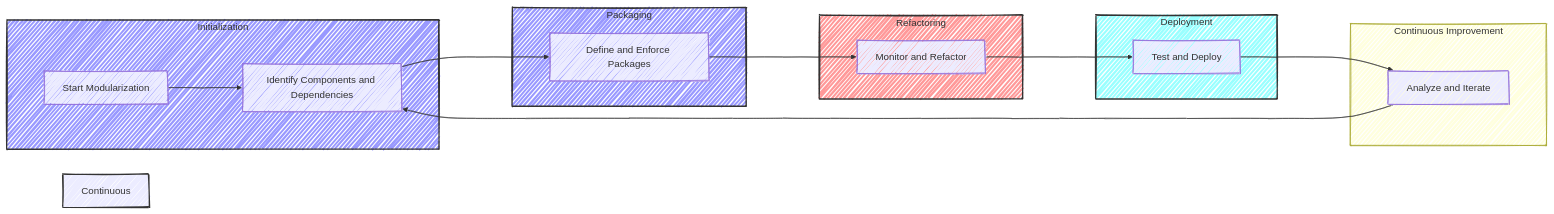
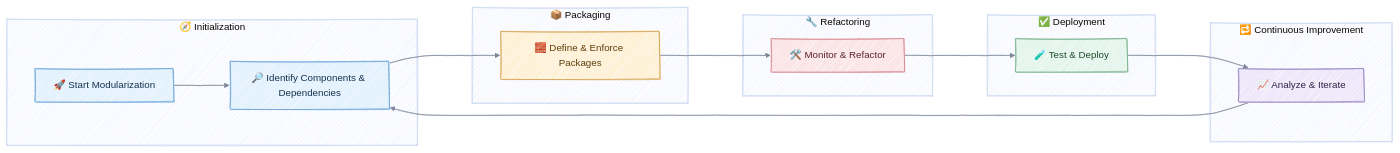
One commit to enogrob/enogrob.github.io changed the diagram in _posts/2025-05-16-modular-monolity-with-packwerk.md. Above: the diagram before and after it, drawn with Mermaid. The commit also changed 12 other files, not shown here.

````diff
--- a/_posts/2025-05-16-modular-monolity-with-packwerk.md
+++ b/_posts/2025-05-16-modular-monolity-with-packwerk.md
@@ -49,31 +49,35 @@
 ```mermaid!
-%%{init: {"theme": "default", "look": "handDrawn", "flowchart": {"nodeSpacing": 60, "rankSpacing": 120}}}%%
+%%{init: {"theme": "base", "look": "handDrawn", "themeVariables": {"fontFamily": "ui-sans-serif, system-ui, sans-serif", "lineColor": "#7c8798", "primaryTextColor": "#263238"}, "flowchart": {"nodeSpacing": 55, "rankSpacing": 90}}}%%
 flowchart LR
-    subgraph Initialization
-        A[Start Modularization] --> B[Identify Components and Dependencies]
+    subgraph Initialization["🧭 Initialization"]
+        A["🚀 Start Modularization"] --> B["🔎 Identify Components & Dependencies"]
     end
 
-    subgraph Packaging
-        B --> C[Define and Enforce Packages]
+    subgraph Packaging["📦 Packaging"]
+        B --> C["🧱 Define & Enforce Packages"]
     end
 
-    subgraph Refactoring
-        C --> D[Monitor and Refactor]
+    subgraph Refactoring["🔧 Refactoring"]
+        C --> D["🛠️ Monitor & Refactor"]
     end
 
-    subgraph Deployment
-        D --> E[Test and Deploy]
+    subgraph Deployment["✅ Deployment"]
+        D --> E["🧪 Test & Deploy"]
     end
 
-    subgraph Continuous Improvement
-        E --> F[Analyze and Iterate]
+    subgraph Improvement["🔁 Continuous Improvement"]
+        E --> F["📈 Analyze & Iterate"]
         F --> B
     end
 
-    %% Iteration points
-    style Continuous Improvement fill:#f9f,stroke:#333,stroke-width:2px
-    style Deployment fill:#9ff,stroke:#333,stroke-width:2px
-    style Refactoring fill:#f99,stroke:#333,stroke-width:2px
-    style Packaging fill:#99f,stroke:#333,stroke-width:2px
-    style Initialization fill:#99f,stroke:#333,stroke-width:2px
+    classDef initialization fill:#e3f2fd,stroke:#5b9bd5,color:#16324f,stroke-width:1px
+    classDef packaging fill:#fff1d6,stroke:#d39b45,color:#5b3d0b,stroke-width:1px
+    classDef refactoring fill:#fbe5e7,stroke:#cf7d86,color:#5b252b,stroke-width:1px
+    classDef deployment fill:#e4f5ec,stroke:#68a77d,color:#204b2d,stroke-width:1px
+    classDef improvement fill:#eee8fa,stroke:#8b78b8,color:#332348,stroke-width:1px
+    class A,B initialization
+    class C packaging
+    class D refactoring
+    class E deployment
+    class F improvement
 ```
````
